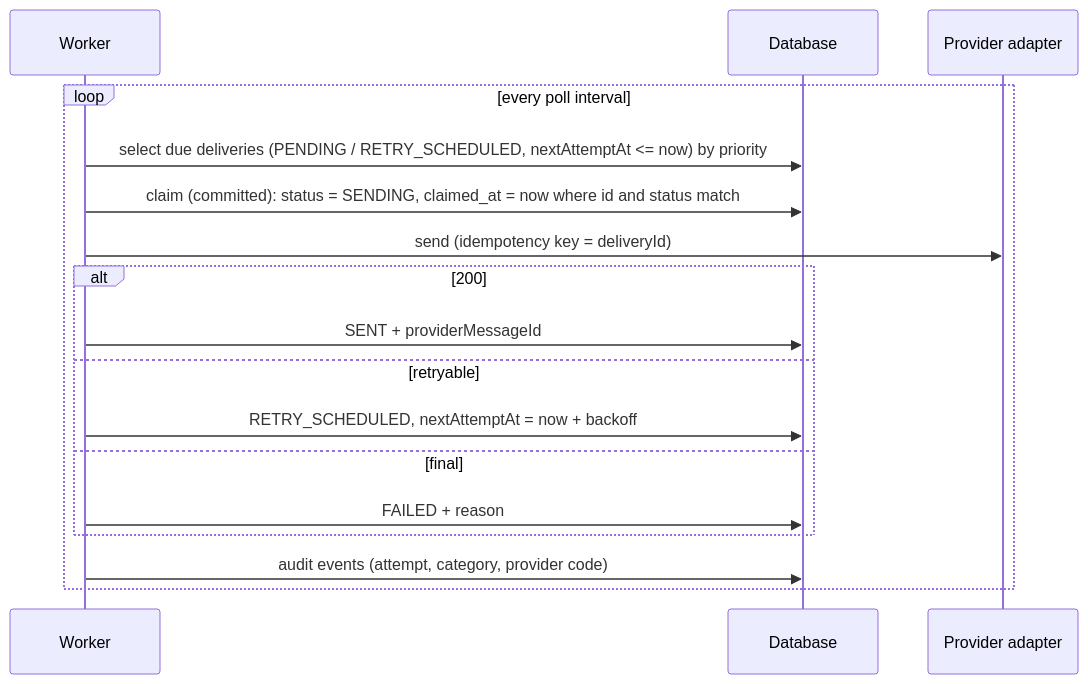
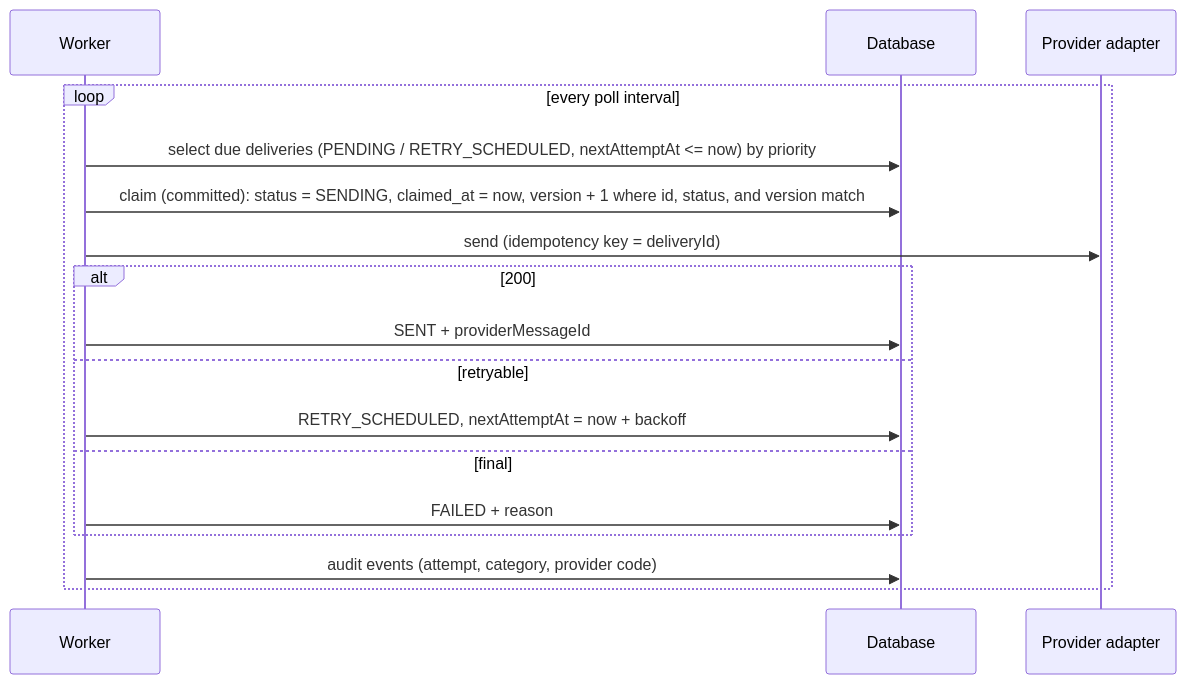
One commit to radwara/nms changed the fifth of 6 diagrams in docs/architecture.md. Above: the diagram before and after it, drawn with Mermaid. The commit also changed other lines of this file and 1 other file, not shown here.

Commit message:
docs(delivery): use version as the concurrency token (#7)

````diff
--- a/docs/architecture.md
+++ b/docs/architecture.md
@@ -398,19 +398,19 @@
 ```mermaid
 sequenceDiagram
     participant W as Worker
     participant D as Database
     participant P as Provider adapter
     loop every poll interval
         W->>D: select due deliveries (PENDING / RETRY_SCHEDULED, nextAttemptAt <= now) by priority
-        W->>D: claim (committed): status = SENDING, claimed_at = now where id and status match
+        W->>D: claim (committed): status = SENDING, claimed_at = now, version + 1 where id, status, and version match
         W->>P: send (idempotency key = deliveryId)
         alt 200
             W->>D: SENT + providerMessageId
         else retryable
             W->>D: RETRY_SCHEDULED, nextAttemptAt = now + backoff
         else final
             W->>D: FAILED + reason
         end
         W->>D: audit events (attempt, category, provider code)
     end
 ```
````
